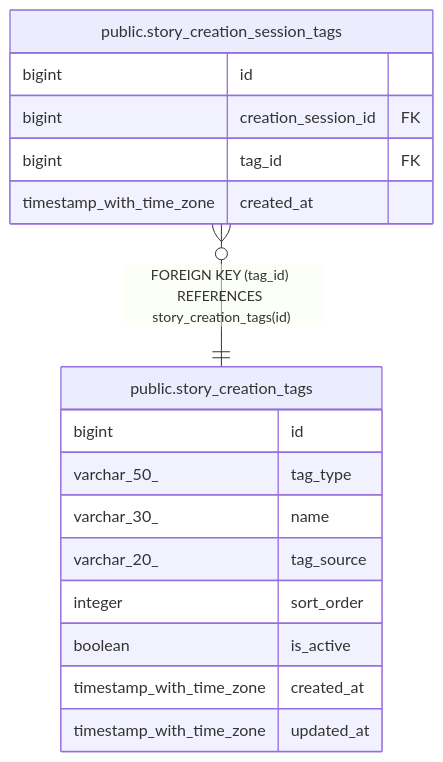
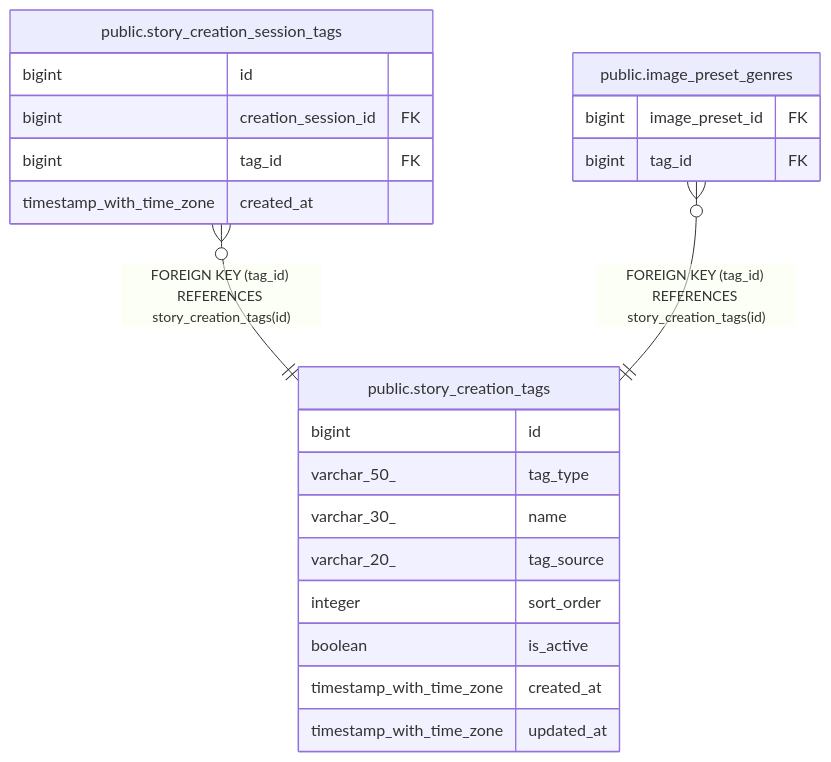
The diagram in dbdoc/public.story_creation_tags.md (KIM-N-KANG/manyak-server), drawn with Mermaid before and after one commit. The commit also changed other lines of this file and 33 other files, not shown here.

````diff
--- a/dbdoc/public.story_creation_tags.md
+++ b/dbdoc/public.story_creation_tags.md
@@ -36,22 +36,27 @@
 ```mermaid
 erDiagram
 
 "public.story_creation_session_tags" }o--|| "public.story_creation_tags" : "FOREIGN KEY (tag_id) REFERENCES story_creation_tags(id)"
+"public.image_preset_genres" }o--|| "public.story_creation_tags" : "FOREIGN KEY (tag_id) REFERENCES story_creation_tags(id)"
 
 "public.story_creation_tags" {
   bigint id
   varchar_50_ tag_type
   varchar_30_ name
   varchar_20_ tag_source
   integer sort_order
   boolean is_active
   timestamp_with_time_zone created_at
   timestamp_with_time_zone updated_at
 }
 "public.story_creation_session_tags" {
   bigint id
   bigint creation_session_id FK
   bigint tag_id FK
   timestamp_with_time_zone created_at
 }
+"public.image_preset_genres" {
+  bigint image_preset_id FK
+  bigint tag_id FK
+}
 ```
````
